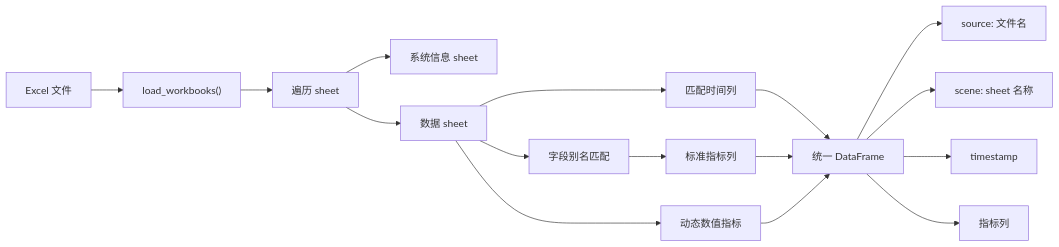
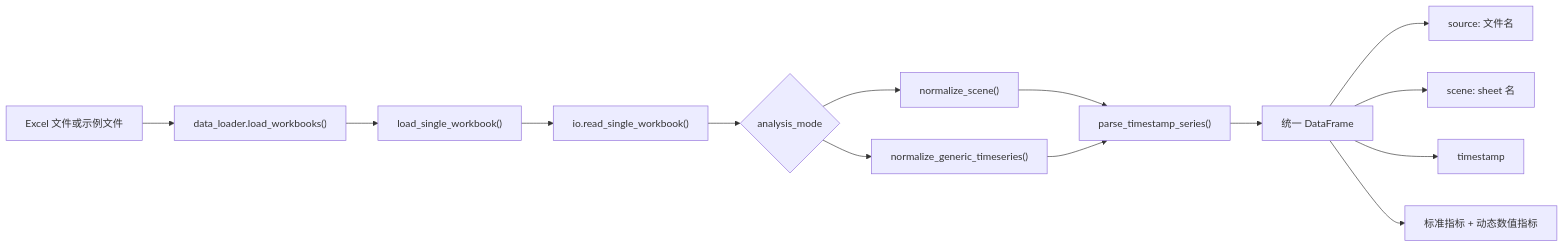
One commit to EthanCheung-gh/perf-analyzer changed the third of 9 diagrams in docs/code-map.md. Above: the diagram before and after it, drawn with Mermaid. The commit also changed other lines of this file, not shown here.

Commit message:
docs: update code map for modular architecture

````diff
--- a/docs/code-map.md
+++ b/docs/code-map.md
@@ -61,21 +98,19 @@
 ```mermaid
 flowchart LR
-    Excel["Excel 文件"] --> Workbook["load_workbooks()"]
-    Workbook --> SheetLoop["遍历 sheet"]
-    SheetLoop --> SystemInfo["系统信息 sheet"]
-    SheetLoop --> DataSheet["数据 sheet"]
+    Excel["Excel 文件或示例文件"] --> Loader["data_loader.load_workbooks()"]
+    Loader --> Single["load_single_workbook()"]
+    Single --> Read["io.read_single_workbook()"]
 
-    DataSheet --> Timestamp["匹配时间列"]
-    DataSheet --> FieldMap["字段别名匹配"]
-    FieldMap --> StandardCols["标准指标列"]
-    DataSheet --> DynamicMetrics["动态数值指标"]
+    Read --> Mode{"analysis_mode"}
+    Mode --> Performance["normalize_scene()"]
+    Mode --> Generic["normalize_generic_timeseries()"]
 
-    Timestamp --> Output["统一 DataFrame"]
-    StandardCols --> Output
-    DynamicMetrics --> Output
+    Performance --> TimeParse["parse_timestamp_series()"]
+    Generic --> TimeParse
+    TimeParse --> Frame["统一 DataFrame"]
 
-    Output --> Source["source: 文件名"]
-    Output --> Scene["scene: sheet 名称"]
-    Output --> Time["timestamp"]
-    Output --> Values["指标列"]
+    Frame --> Source["source: 文件名"]
+    Frame --> Scene["scene: sheet 名"]
+    Frame --> Timestamp["timestamp"]
+    Frame --> Metrics["标准指标 + 动态数值指标"]
 ```
````
